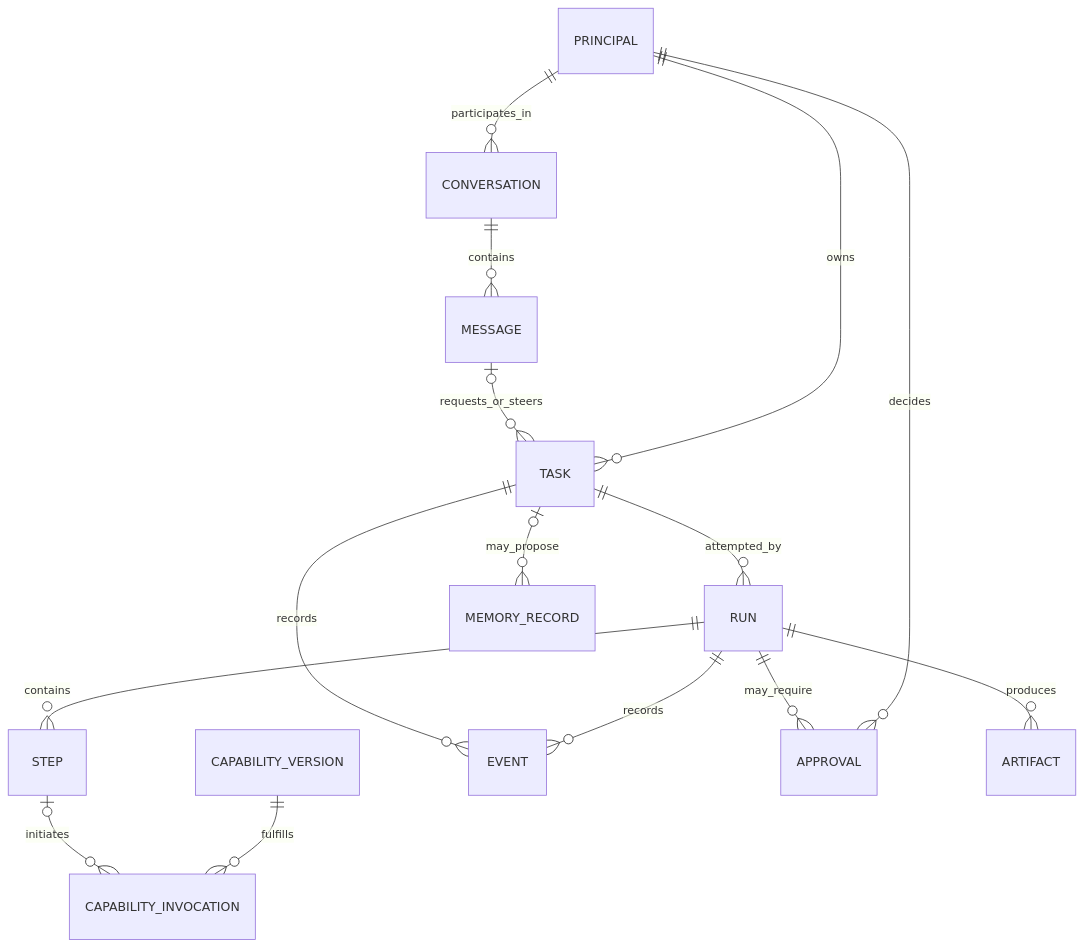
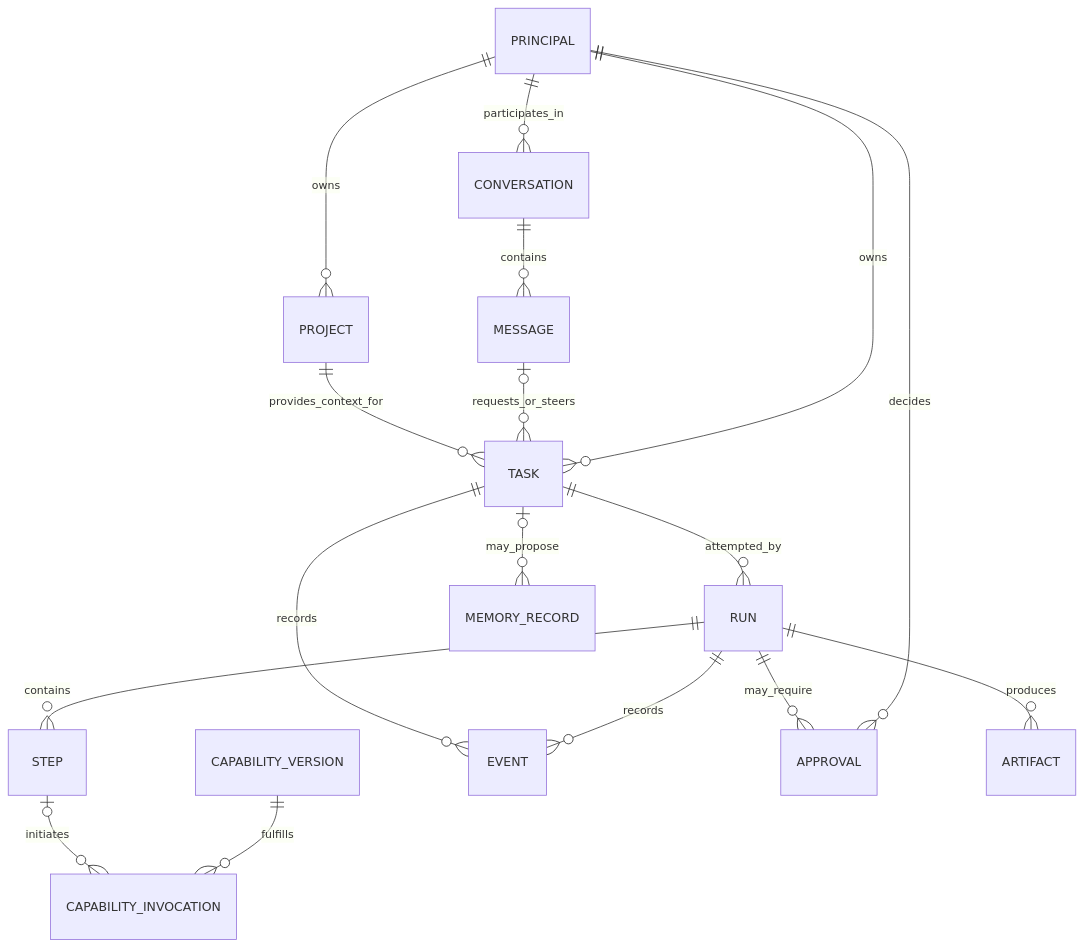
The first of 3 diagrams in docs/domain-model.md (4romgod/vera), drawn with Mermaid before and after one commit. The commit also changed other lines of this file and 57 other files, not shown here.

````diff
--- a/docs/domain-model.md
+++ b/docs/domain-model.md
@@ -30,17 +30,19 @@
 ```mermaid
 erDiagram
     PRINCIPAL ||--o{ CONVERSATION : participates_in
+    PRINCIPAL ||--o{ PROJECT : owns
+    PROJECT ||--o{ TASK : provides_context_for
     CONVERSATION ||--o{ MESSAGE : contains
     MESSAGE o|--o{ TASK : requests_or_steers
     PRINCIPAL ||--o{ TASK : owns
     TASK ||--o{ RUN : attempted_by
     RUN ||--o{ STEP : contains
     STEP o|--o{ CAPABILITY_INVOCATION : initiates
     CAPABILITY_VERSION ||--o{ CAPABILITY_INVOCATION : fulfills
     TASK ||--o{ EVENT : records
     RUN ||--o{ EVENT : records
     RUN ||--o{ APPROVAL : may_require
     RUN ||--o{ ARTIFACT : produces
     PRINCIPAL ||--o{ APPROVAL : decides
     TASK o|--o{ MEMORY_RECORD : may_propose
 ```
````
